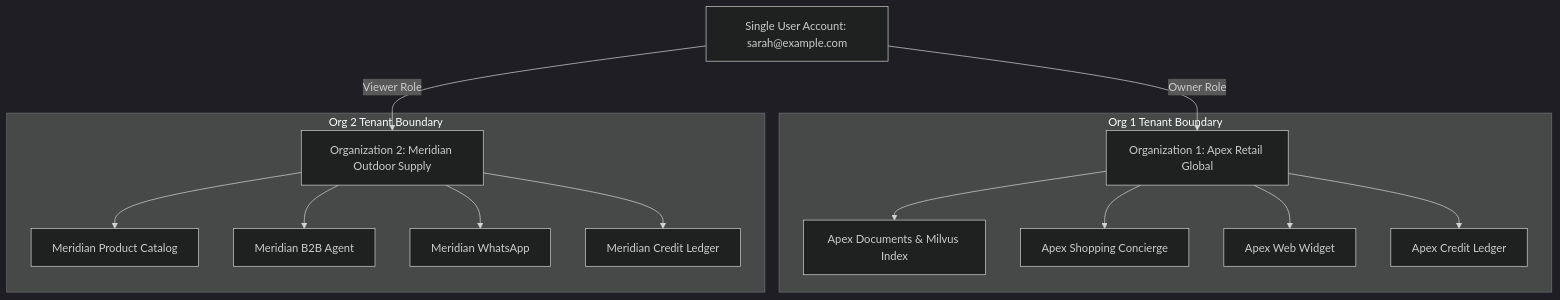
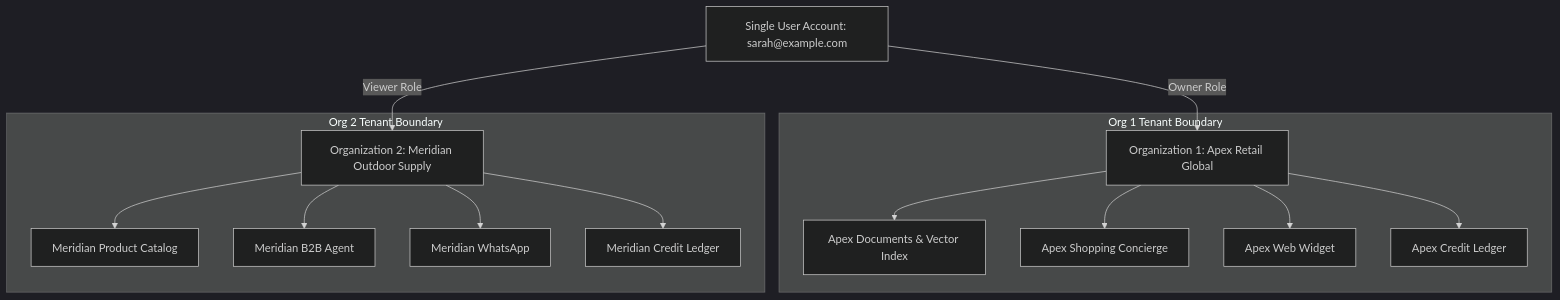
One commit to Cerebronix-AI/cerebronix-docs changed the diagram in apps/docs/content/docs/concepts/organizations-and-roles.mdx. Above: the diagram before and after it, drawn with Mermaid (dark theme). The commit also changed 32 other files, not shown here.

Commit message:
feat(docs): enforce black-box architecture and information disclosure safeguards

````diff
--- a/apps/docs/content/docs/concepts/organizations-and-roles.mdx
+++ b/apps/docs/content/docs/concepts/organizations-and-roles.mdx
@@ -22,23 +22,23 @@
 ```mermaid
 graph TD
     User[Single User Account: sarah@example.com]
     Org1[Organization 1: Apex Retail Global]
     Org2[Organization 2: Meridian Outdoor Supply]
 
     User -- "Owner Role" --> Org1
     User -- "Viewer Role" --> Org2
 
     subgraph Org 1 Tenant Boundary
-        Org1 --> KB1[Apex Documents & Milvus Index]
+        Org1 --> KB1[Apex Documents & Vector Index]
         Org1 --> AG1[Apex Shopping Concierge]
         Org1 --> CH1[Apex Web Widget]
         Org1 --> BL1[Apex Credit Ledger]
     end
 
     subgraph Org 2 Tenant Boundary
         Org2 --> KB2[Meridian Product Catalog]
         Org2 --> AG2[Meridian B2B Agent]
         Org2 --> CH2[Meridian WhatsApp]
         Org2 --> BL2[Meridian Credit Ledger]
     end
 ```
````
